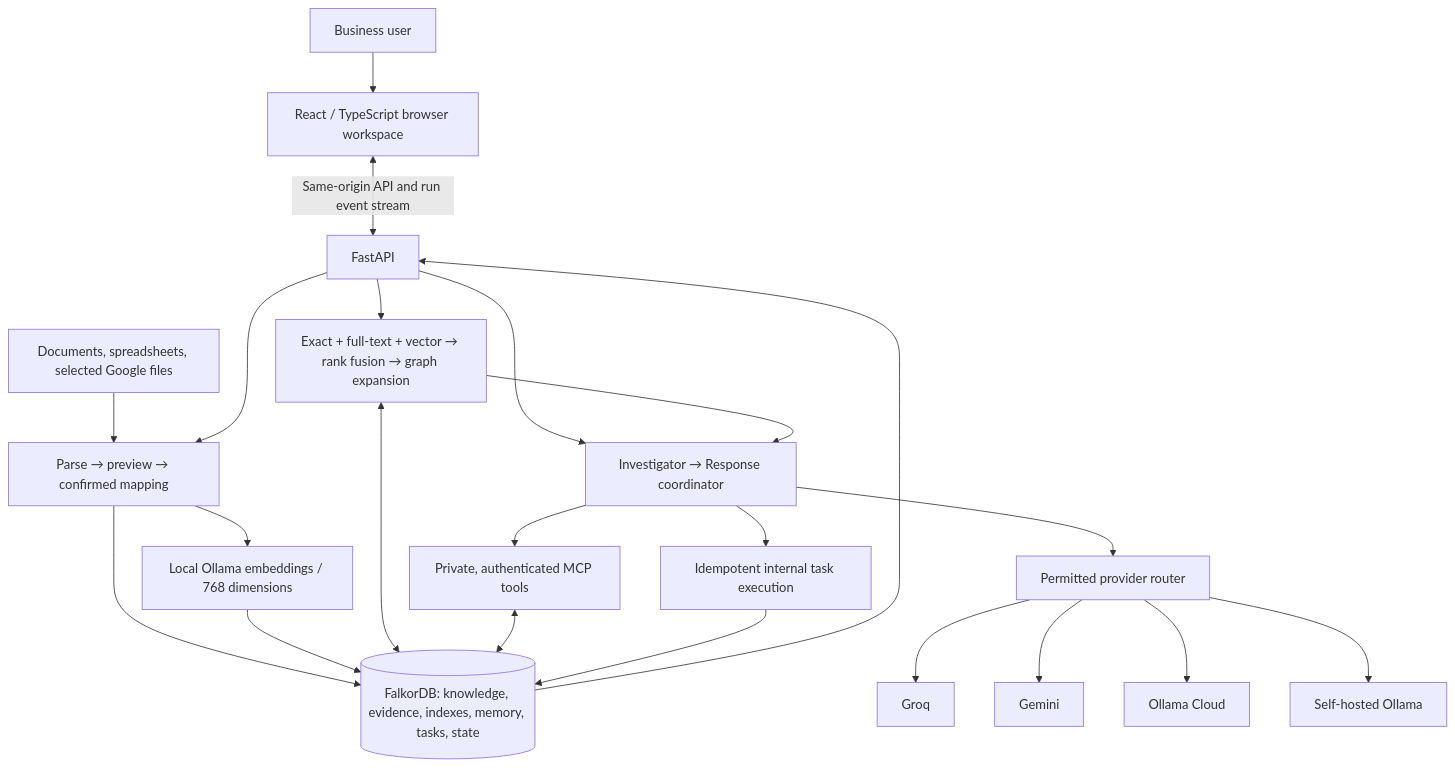
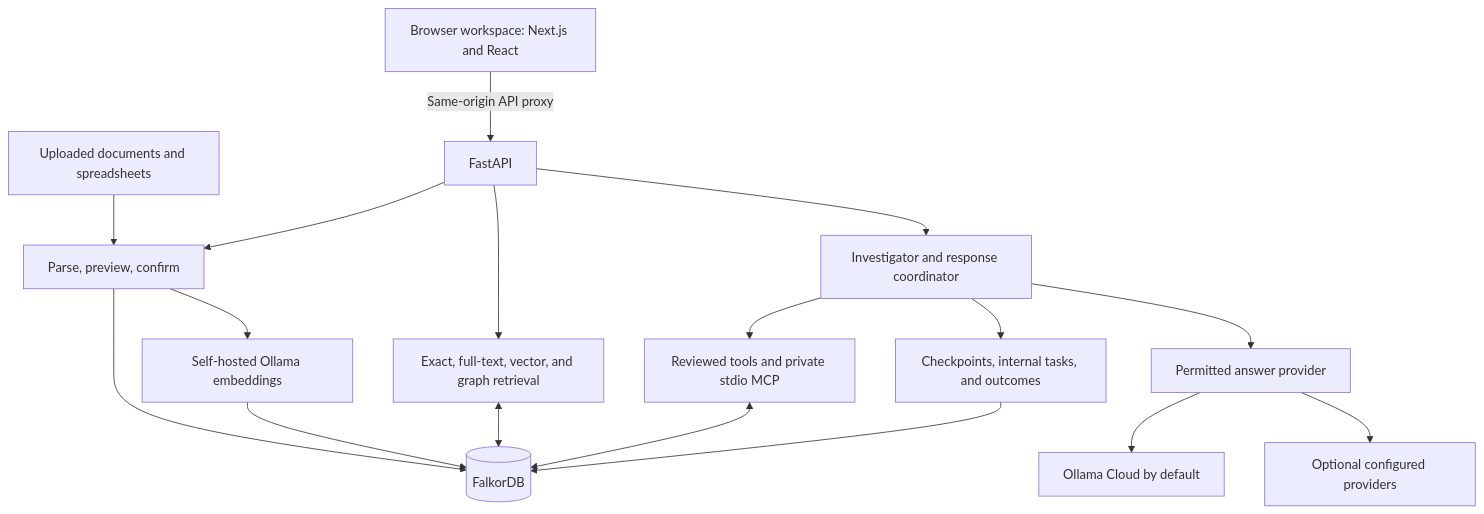
One commit to Haleem-code/Workweave changed the second of 2 diagrams in README.md. Above: the diagram before and after it, drawn with Mermaid. The commit also changed other lines of this file and 26 other files, not shown here.

````diff
--- a/README.md
+++ b/README.md
@@ -59,24 +131,19 @@
 ```mermaid
 flowchart TB
-    User[Business user] --> UI[React / TypeScript browser workspace]
-    UI <-->|Same-origin API and run event stream| API[FastAPI]
-    Files[Documents, spreadsheets, selected Google files] --> Import[Parse → preview → confirmed mapping]
-    API --> Import
-    Import --> Embed[Local Ollama embeddings / 768 dimensions]
-    Import --> DB[(FalkorDB: knowledge, evidence, indexes, memory, tasks, state)]
-    Embed --> DB
-    API --> RAG[Exact + full-text + vector → rank fusion → graph expansion]
-    RAG <--> DB
-    API --> Agents[Investigator → Response coordinator]
-    RAG --> Agents
-    Agents --> Tools[Private, authenticated MCP tools]
-    Tools <--> DB
-    Agents --> Router[Permitted provider router]
-    Router --> Groq[Groq]
-    Router --> Gemini[Gemini]
-    Router --> OllamaCloud[Ollama Cloud]
-    Router --> Ollama[Self-hosted Ollama]
-    Agents --> Tasks[Idempotent internal task execution]
-    Tasks --> DB
-    DB --> API
+    Browser[Browser workspace: Next.js and React] -->|Same-origin API proxy| API[FastAPI]
+    Files[Uploaded documents and spreadsheets] --> Preview[Parse, preview, confirm]
+    API --> Preview
+    Preview --> Graph[(FalkorDB)]
+    Preview --> Embeddings[Self-hosted Ollama embeddings]
+    Embeddings --> Graph
+    API --> Retrieval[Exact, full-text, vector, and graph retrieval]
+    Retrieval <--> Graph
+    API --> Executor[Investigator and response coordinator]
+    Executor --> Tools[Reviewed tools and private stdio MCP]
+    Tools <--> Graph
+    Executor --> Models[Permitted answer provider]
+    Models --> Cloud[Ollama Cloud by default]
+    Models --> Other[Optional configured providers]
+    Executor --> State[Checkpoints, internal tasks, and outcomes]
+    State --> Graph
 ```
````
